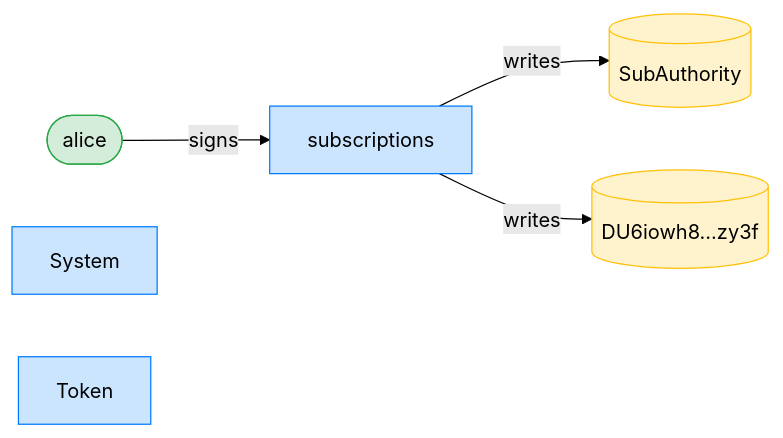
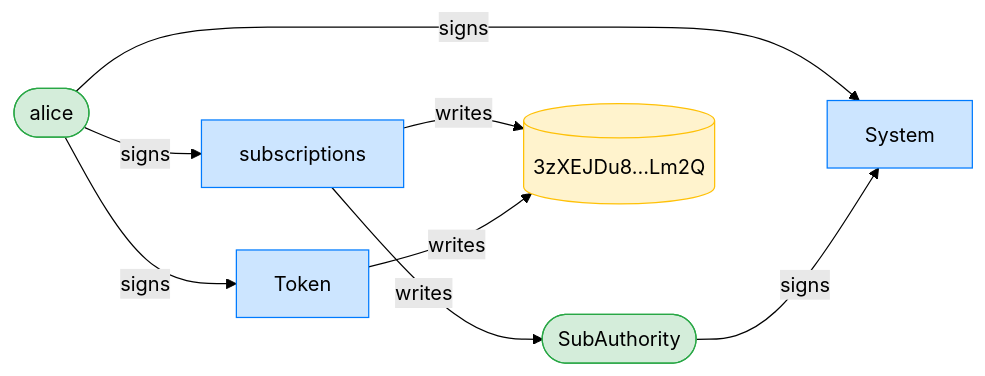
One commit to cds-rs/subscriptions changed the third of 12 diagrams in dsl_tests/revoke-a-subscription-without-cancelling-is-rejected.md. Above: the diagram before and after it, drawn with Mermaid (forest theme). The commit also changed other lines of this file and 224 other files, not shown here.

````diff
--- a/dsl_tests/revoke-a-subscription-without-cancelling-is-rejected.md
+++ b/dsl_tests/revoke-a-subscription-without-cancelling-is-rejected.md
@@ -55,15 +56,19 @@
 ```mermaid
 flowchart LR
     classDef signer fill:#d4edda,stroke:#28a745;
     classDef program fill:#cce5ff,stroke:#007bff;
     classDef writable fill:#fff3cd,stroke:#ffc107;
     subscriptions[subscriptions]:::program
     alice([alice]):::signer
-    SubAuthority[(SubAuthority)]:::writable
-    DU6iowh8_zy3f[("DU6iowh8…zy3f")]:::writable
+    SubAuthority([SubAuthority]):::signer
+    3zXEJDu8_Lm2Q[("3zXEJDu8…Lm2Q")]:::writable
     System[System]:::program
     Token[Token]:::program
     alice -->|signs| subscriptions
+    alice -->|signs| System
+    SubAuthority -->|signs| System
+    alice -->|signs| Token
     subscriptions -->|writes| SubAuthority
-    subscriptions -->|writes| DU6iowh8_zy3f
+    subscriptions -->|writes| 3zXEJDu8_Lm2Q
+    Token -->|writes| 3zXEJDu8_Lm2Q
 ```
````
